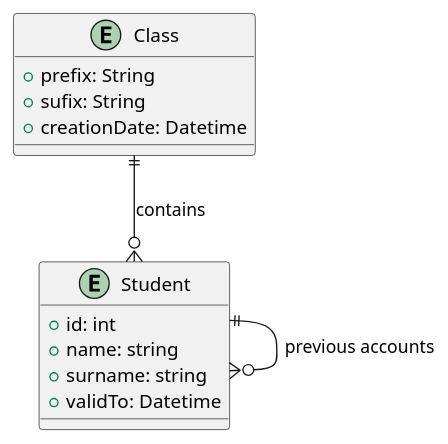
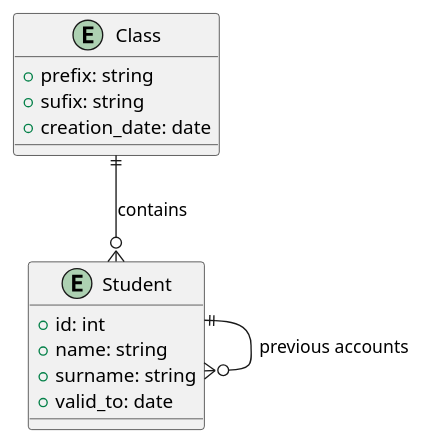
One commit to DanielADK/tul-bp changed the diagram in diagrams/ed-schedule-calculated-previous-relation.puml. Above: the diagram before and after it, drawn with PlantUML. The commit also changed 24 other files, not shown here.

```diff
--- a/diagrams/ed-schedule-calculated-previous-relation.puml
+++ b/diagrams/ed-schedule-calculated-previous-relation.puml
@@ -1,20 +1,20 @@
-@startuml
+@startuml ed-schedule-calculated-previous-relation
 entity "Student" as Student {
     +id: int
     +name: string
     +surname: string
-    +validTo: Datetime
+    +valid_to: date
 }
 
 entity "Class" as Class {
-    +prefix: String
-    +sufix: String
-    +creationDate: Datetime
+    +prefix: string
+    +sufix: string
+    +creation_date: date
 }
 
 
 Student ||--o{ Student : "previous accounts"
 
 Class ||--o{ Student : "contains"
 
 @enduml
```
